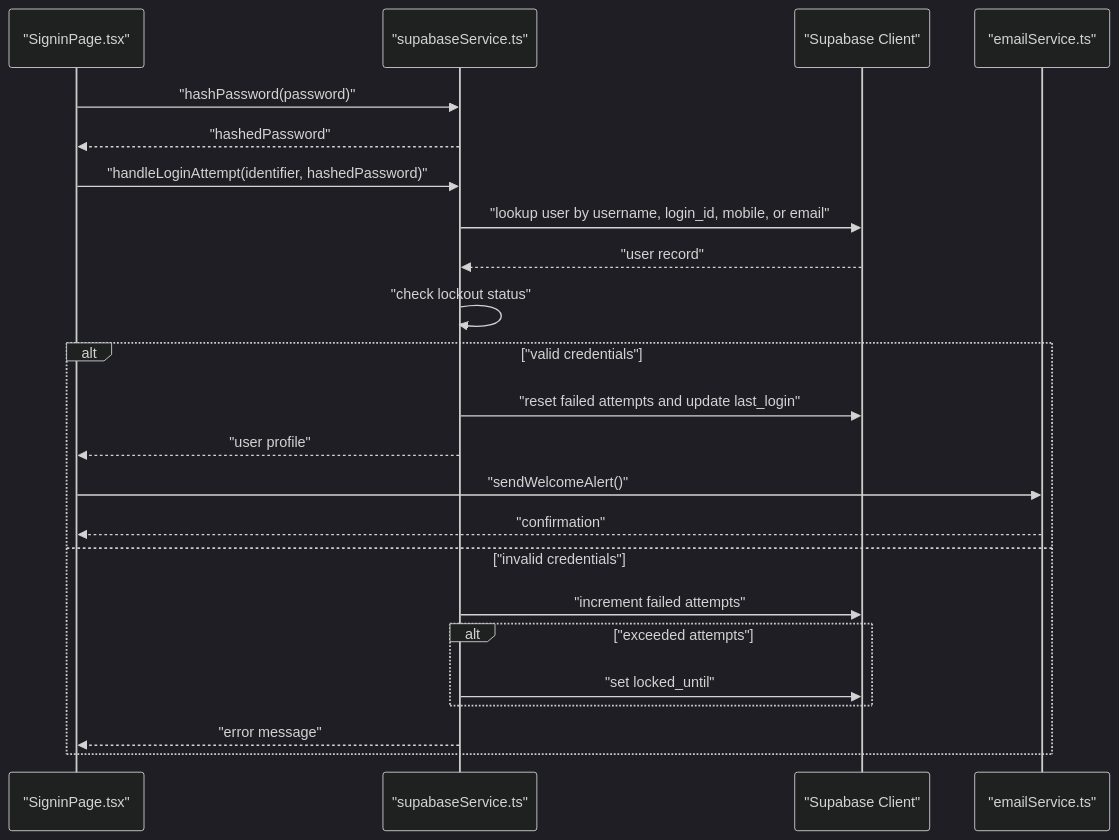
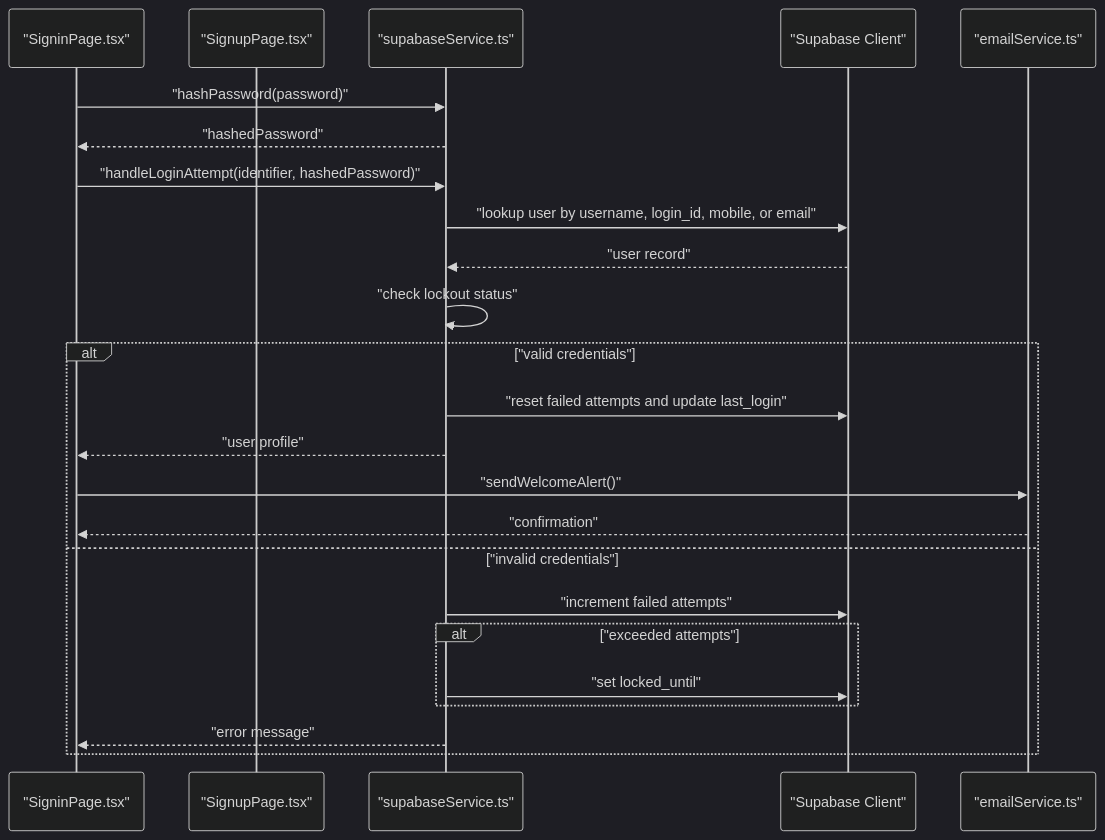
The second of 9 diagrams in .qoder/repowiki/en/content/Service Layer/Supabase Authentication Service.md (zpria/ACCOUND-ZPRIA), drawn with Mermaid (dark theme) before and after one commit. The commit also changed other lines of this file and 12 other files, not shown here.

````diff
--- a/.qoder/repowiki/en/content/Service Layer/Supabase Authentication Service.md
+++ b/.qoder/repowiki/en/content/Service Layer/Supabase Authentication Service.md
@@ -95,25 +120,26 @@
 ```mermaid
 sequenceDiagram
 participant UI as "SigninPage.tsx"
+participant SignUp as "SignupPage.tsx"
 participant Svc as "supabaseService.ts"
 participant Supabase as "Supabase Client"
 participant Email as "emailService.ts"
 UI->>Svc : "hashPassword(password)"
 Svc-->>UI : "hashedPassword"
 UI->>Svc : "handleLoginAttempt(identifier, hashedPassword)"
 Svc->>Supabase : "lookup user by username, login_id, mobile, or email"
 Supabase-->>Svc : "user record"
 Svc->>Svc : "check lockout status"
 alt "valid credentials"
 Svc->>Supabase : "reset failed attempts and update last_login"
 Svc-->>UI : "user profile"
 UI->>Email : "sendWelcomeAlert()"
 Email-->>UI : "confirmation"
 else "invalid credentials"
 Svc->>Supabase : "increment failed attempts"
 alt "exceeded attempts"
 Svc->>Supabase : "set locked_until"
 end
 Svc-->>UI : "error message"
 end
 ```
````
